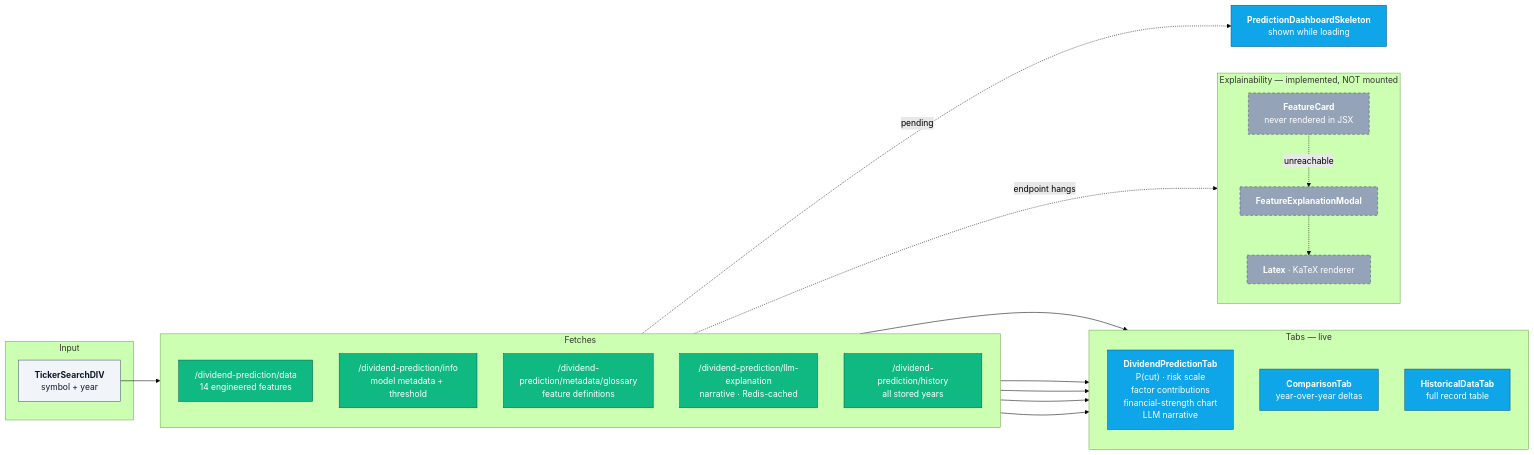
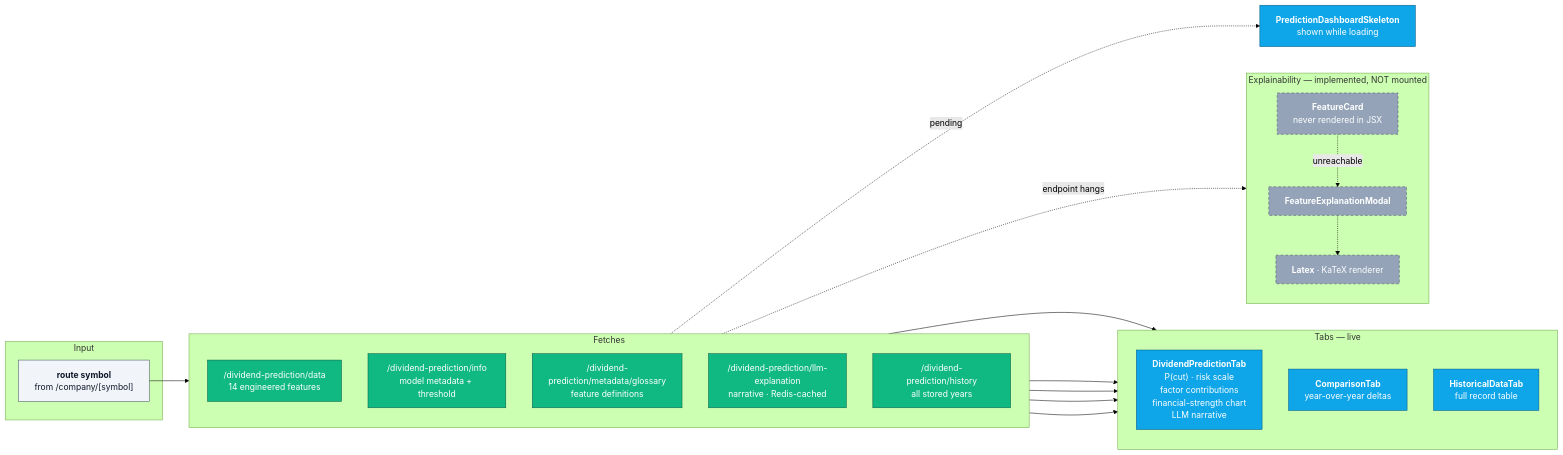
Before and after one commit to Research-SLIIT/Final-Year-Research_CSE-25-26J-445-Frontend: the tenth of 14 diagrams in README.md, drawn with Mermaid (forest theme). The commit also changed other lines of this file and 50 other files, not shown here.

````diff
--- a/README.md
+++ b/README.md
@@ -686,50 +686,50 @@
 ```mermaid
 flowchart LR
     subgraph IN["Input"]
-        TS["<b>TickerSearchDIV</b><br/>symbol + year"]
+        TS["<b>route symbol</b><br/>from /company/[symbol]"]
     end
 
     subgraph API["Fetches"]
         direction TB
         A1["/dividend-prediction/data<br/>14 engineered features"]
         A2["/dividend-prediction/info<br/>model metadata + threshold"]
         A3["/dividend-prediction/metadata/glossary<br/>feature definitions"]
         A4["/dividend-prediction/llm-explanation<br/>narrative · Redis-cached"]
         A5["/dividend-prediction/history<br/>all stored years"]
     end
 
     subgraph UI["Tabs — live"]
         direction TB
         T1["<b>DividendPredictionTab</b><br/>P(cut) · risk scale<br/>factor contributions<br/>financial-strength chart<br/>LLM narrative"]
         T2["<b>ComparisonTab</b><br/>year-over-year deltas"]
         T3["<b>HistoricalDataTab</b><br/>full record table"]
     end
 
     subgraph EXP["Explainability — implemented, NOT mounted"]
         direction TB
         E1["<b>FeatureCard</b><br/>never rendered in JSX"]
         E2["<b>FeatureExplanationModal</b>"]
         E3["<b>Latex</b> · KaTeX renderer"]
     end
 
     SK["<b>PredictionDashboardSkeleton</b><br/>shown while loading"]
 
     TS --> API
     A1 --> T1
     A2 --> T1
     A4 --> T1
     A5 --> T3
     A1 --> T2
     A3 -.->|"endpoint hangs"| E1
     E1 -.->|"unreachable"| E2 -.-> E3
     API -.->|"pending"| SK
 
     classDef inp fill:#f1f5f9,stroke:#475569,color:#0f172a
     classDef api fill:#10b981,stroke:#065f46,color:#fff
     classDef ui fill:#0ea5e9,stroke:#075985,color:#fff
     classDef dead fill:#94a3b8,stroke:#475569,color:#fff,stroke-dasharray: 5 4
     class TS inp
     class A1,A2,A3,A4,A5 api
     class T1,T2,T3,SK ui
     class E1,E2,E3 dead
 ```
````
